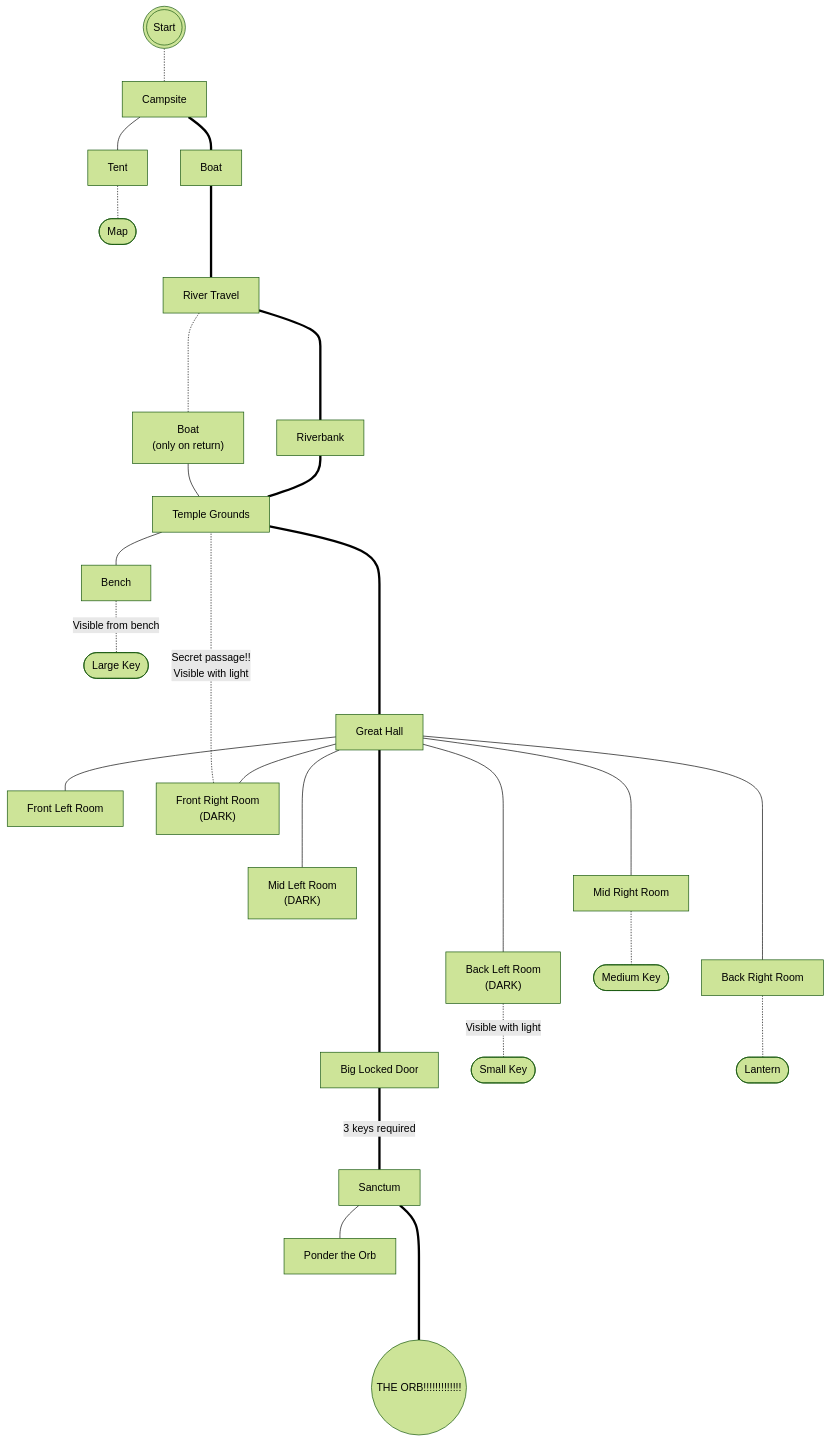
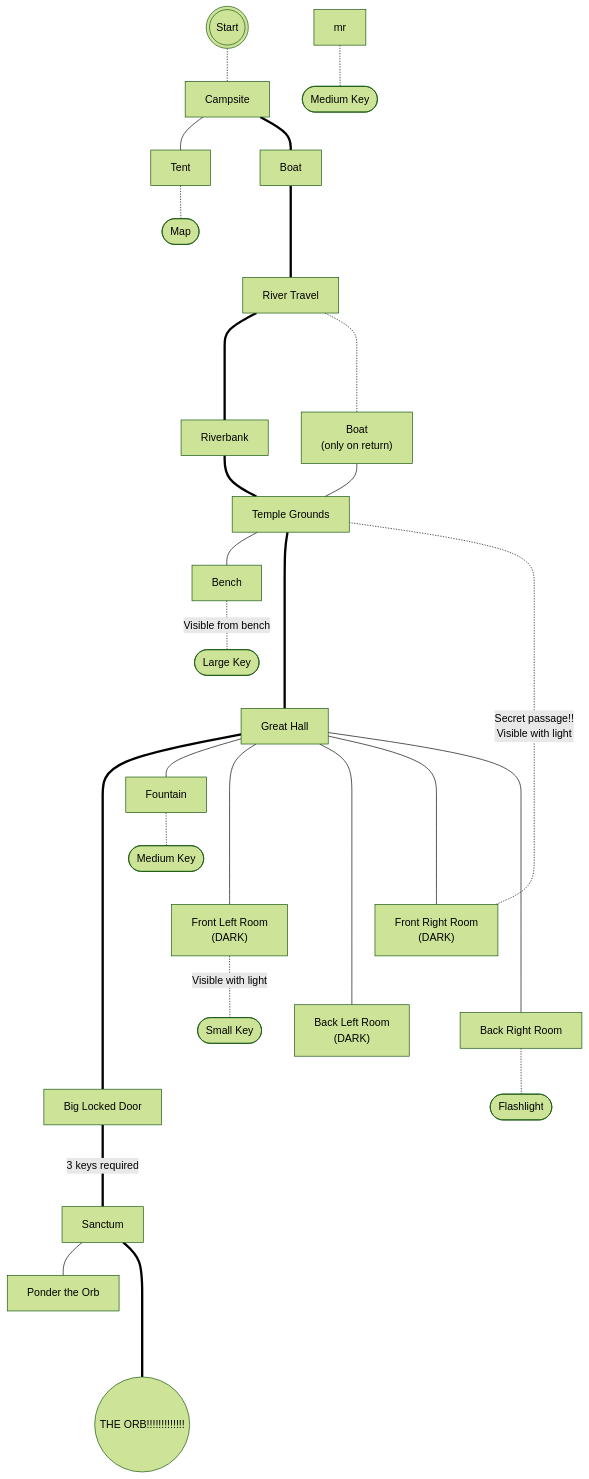
Before and after one commit to UnPolloLoco/UnPolloLoco.github.io: the diagram in projects/game/README.md, drawn with Mermaid (forest theme). The commit also changed other lines of this file and 1 other file, not shown here.

Commit message:
New gameplan + great hall mostly done

````diff
--- a/projects/game/README.md
+++ b/projects/game/README.md
@@ -13,40 +13,40 @@
 ```mermaid
 graph TD;
     s(((Start))) -.- Campsite
     Campsite --- Tent
     Tent -.- mnc(["Map"])
     Campsite === Boat
     Boat ==== river["River Travel"]
     river =====  Riverbank
 
     Riverbank === grounds["Temple Grounds"]
     river -.- b2["Boat
                 (only on return)"] --- grounds
     grounds --- Bench
     Bench -.-|Visible from bench| large(["Large Key"])
     grounds ===== hall["Great Hall"]
 
+    hall ======= door["Big Locked Door"]
+    hall --- Fountain -.- med(["Medium Key"])
 
-    hall ====== door["Big Locked Door"]
-    hall --- fl["Front Left Room"]
-    hall ---- ml["Mid Left Room
+    hall ----- fl["Front Left Room 
+                 (DARK)"]
+    hall ------ bl["Back Left Room 
                   (DARK)"]
-    hall ----- bl["Back Left Room 
-                  (DARK)"]
-    hall --- fr["Front Right Room
+    hall ----- fr["Front Right Room
                  (DARK)"]
-    hall ---- mr["Mid Right Room"]
-    hall ----- br["Back Right Room"]
+    hall ------ br["Back Right Room"]
 
 
     fr -.-|Secret passage!!
            Visible with light| grounds
-    bl -.-|Visible with light| small(["Small Key"])
+    fl -.-|Visible with light| small(["Small Key"])
     mr -.- medium(["Medium Key"])
-    br -.- lant([Lantern])
+    br -.- lant([Flashlight])
+
 
 
     door ====|3 keys required| Sanctum
     Sanctum --- admire["Ponder the Orb"]
     Sanctum ===== orb(("THE ORB!!!!!!!!!!!!!"))
 ```
````
